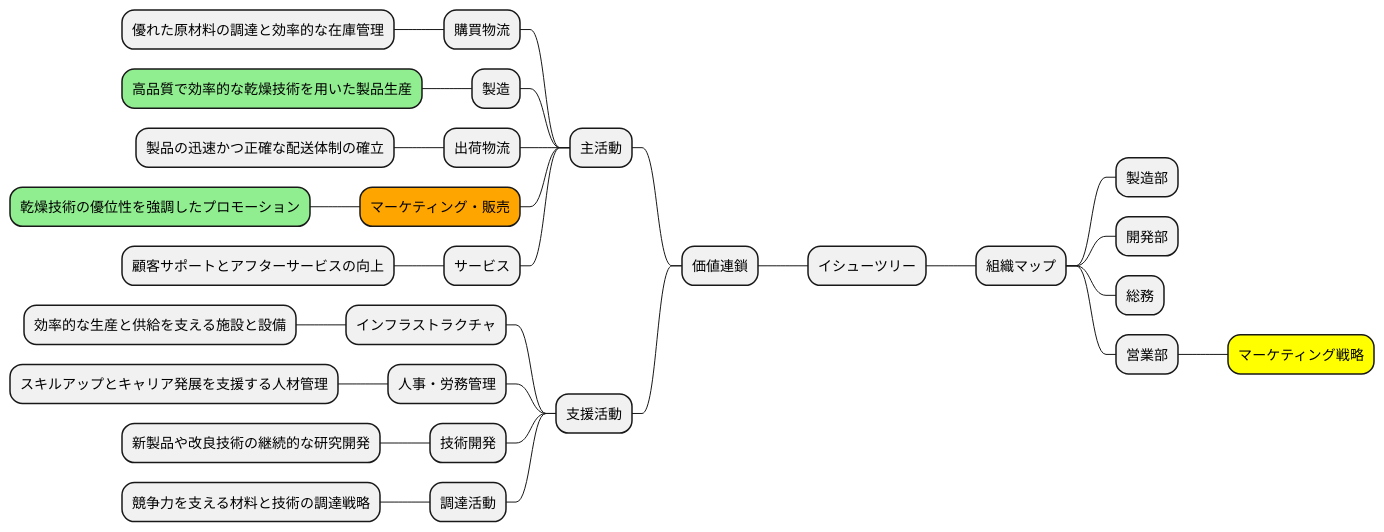
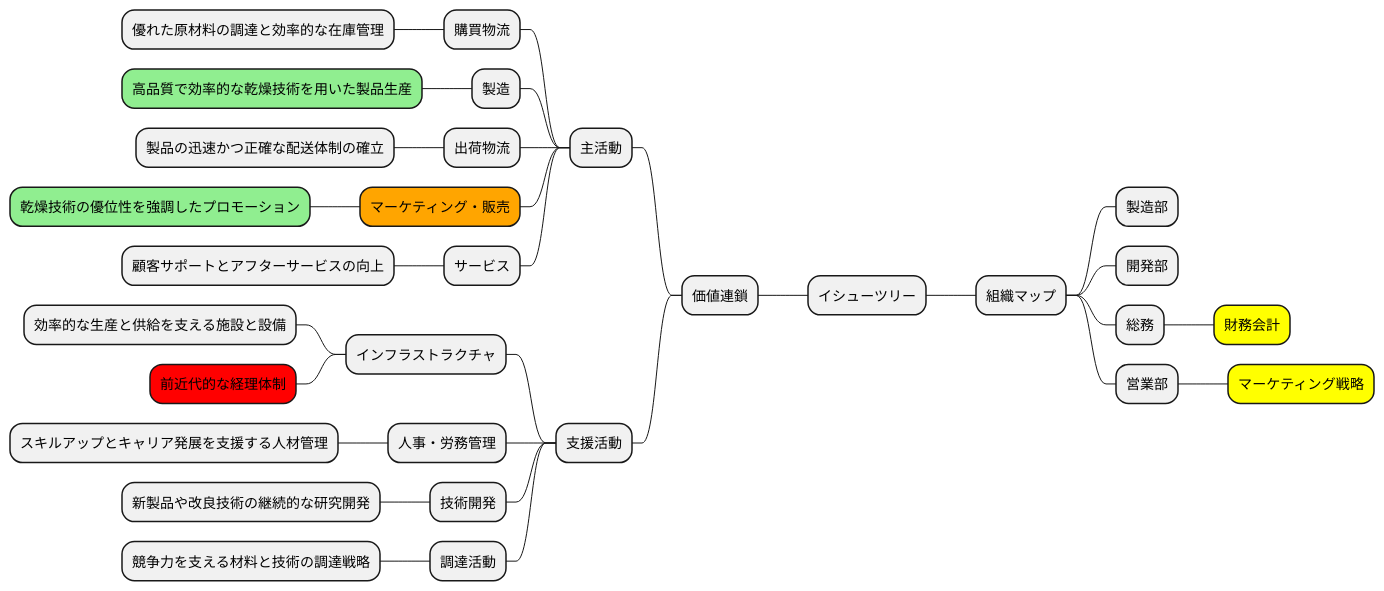
One commit to k2works/case-sutudy-business-analysis changed diagram 15 of 19 in docs/case/r01_case_1.adoc. Above: the diagram before and after it, drawn with PlantUML. The commit also changed other lines of this file, not shown here.

```diff
--- a/docs/case/r01_case_1.adoc
+++ b/docs/case/r01_case_1.adoc
@@ -478,38 +484,40 @@
 [plantuml]
 ----
 @startmindmap
 
 * イシューツリー
 left side
 ** 価値連鎖
 *** 主活動
 **** 購買物流
 ***** 優れた原材料の調達と効率的な在庫管理
 **** 製造
 *****[#lightgreen] 高品質で効率的な乾燥技術を用いた製品生産
 **** 出荷物流
 ***** 製品の迅速かつ正確な配送体制の確立
 ****[#orange] マーケティング・販売
 *****[#lightgreen] 乾燥技術の優位性を強調したプロモーション
 **** サービス
 ***** 顧客サポートとアフターサービスの向上
 *** 支援活動
 **** インフラストラクチャ
 ***** 効率的な生産と供給を支える施設と設備
+*****[#red] 前近代的な経理体制
 **** 人事・労務管理
 ***** スキルアップとキャリア発展を支援する人材管理
 **** 技術開発
 ***** 新製品や改良技術の継続的な研究開発
 **** 調達活動
 ***** 競争力を支える材料と技術の調達戦略
 right side
 ** 組織マップ
 *** 製造部
 *** 開発部
 *** 総務
+****[#yellow] 財務会計
 *** 営業部
 ****[#yellow] マーケティング戦略
 
 
 @endmindmap
 ----
```
